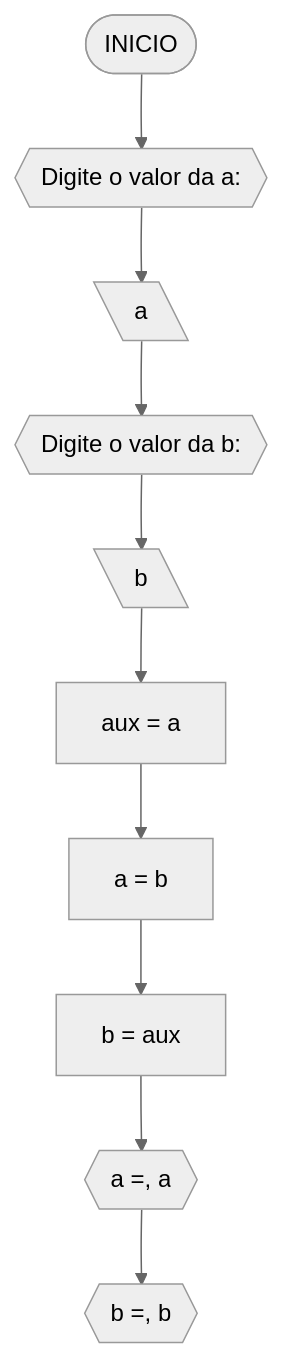
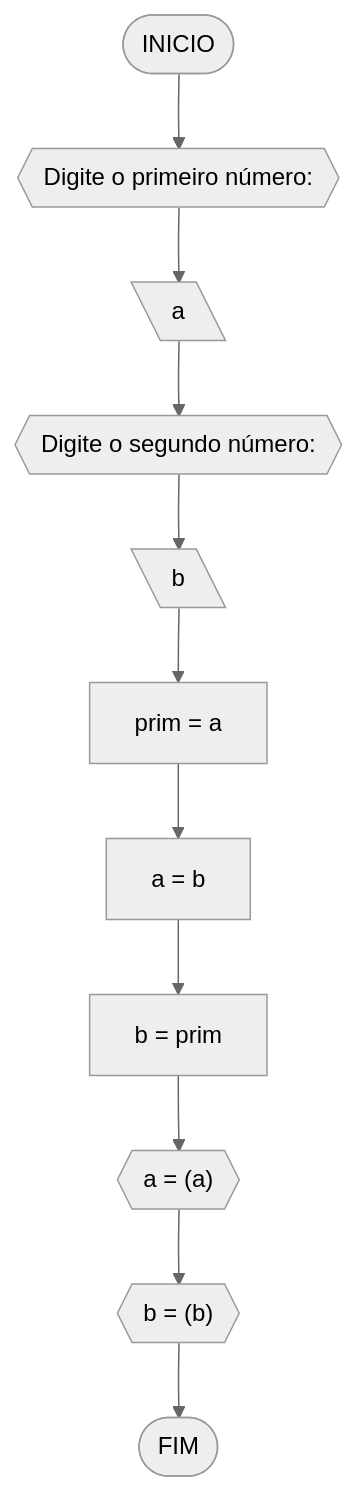
Before and after one commit to eryckmike/Unifor: the first of 8 diagrams in RLA/AV1/Lista_AD1.md, drawn with Mermaid (neutral theme). The commit also changed other lines of this file, not shown here.

````diff
--- a/RLA/AV1/Lista_AD1.md
+++ b/RLA/AV1/Lista_AD1.md
@@ -58,12 +58,13 @@
 ```mermaid
 flowchart TD
-A([INICIO]) --> B{{Digite o valor da a: }}
+A([INICIO]) --> B{{Digite o primeiro número:}}
 B --> C[\a\]
-C --> D{{Digite o valor da b: }}
+C --> D{{Digite o segundo número:}}
 D --> E[\b\]
-E --> F[aux = a]
+E --> F[prim = a]
 F --> G[a = b]
-G --> H[b = aux]
-H --> I{{"a =", a}}
-I --> J{{"b =", b}}
+G --> H[b = prim]
+H --> I{{"a = (a)"}}
+I --> J{{"b = (b)"}}
+J --> Z([FIM])
 ```
````
